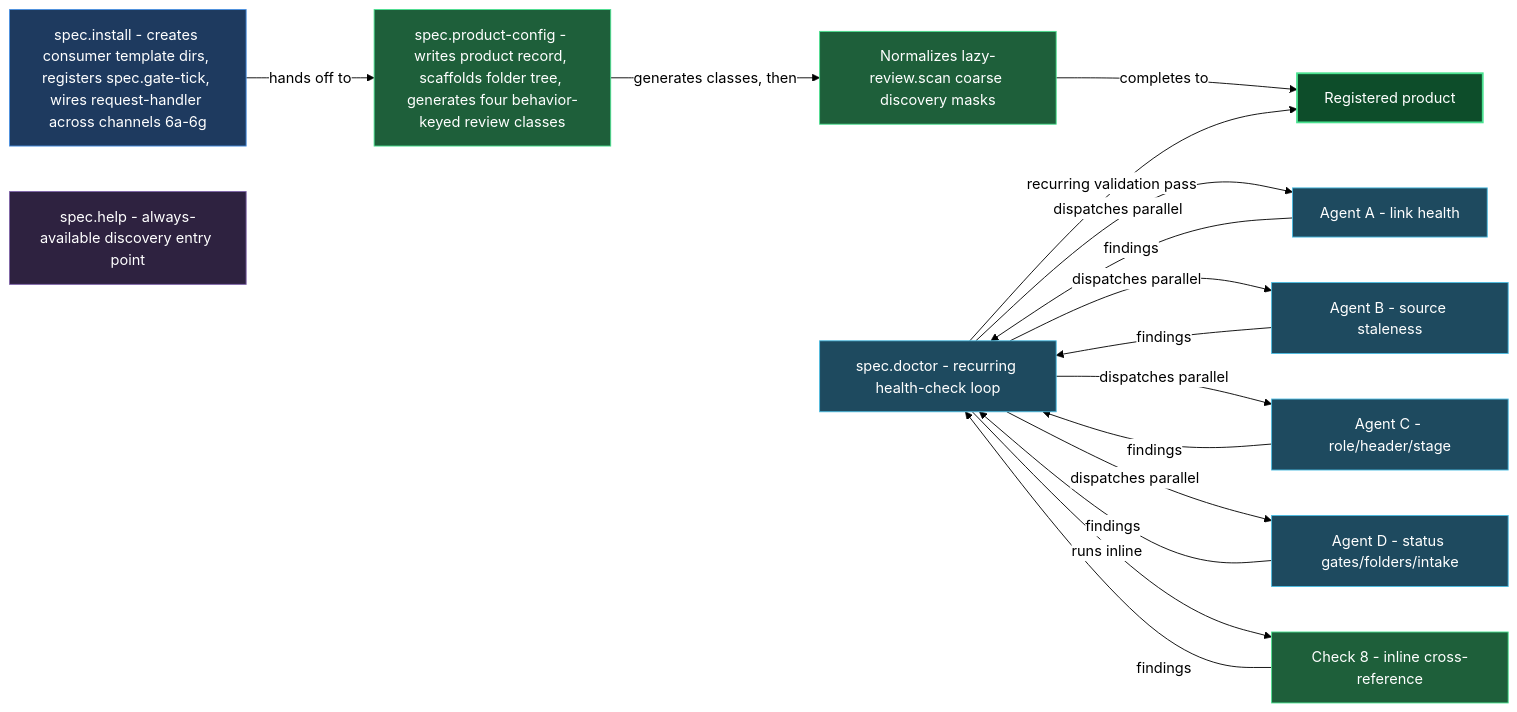
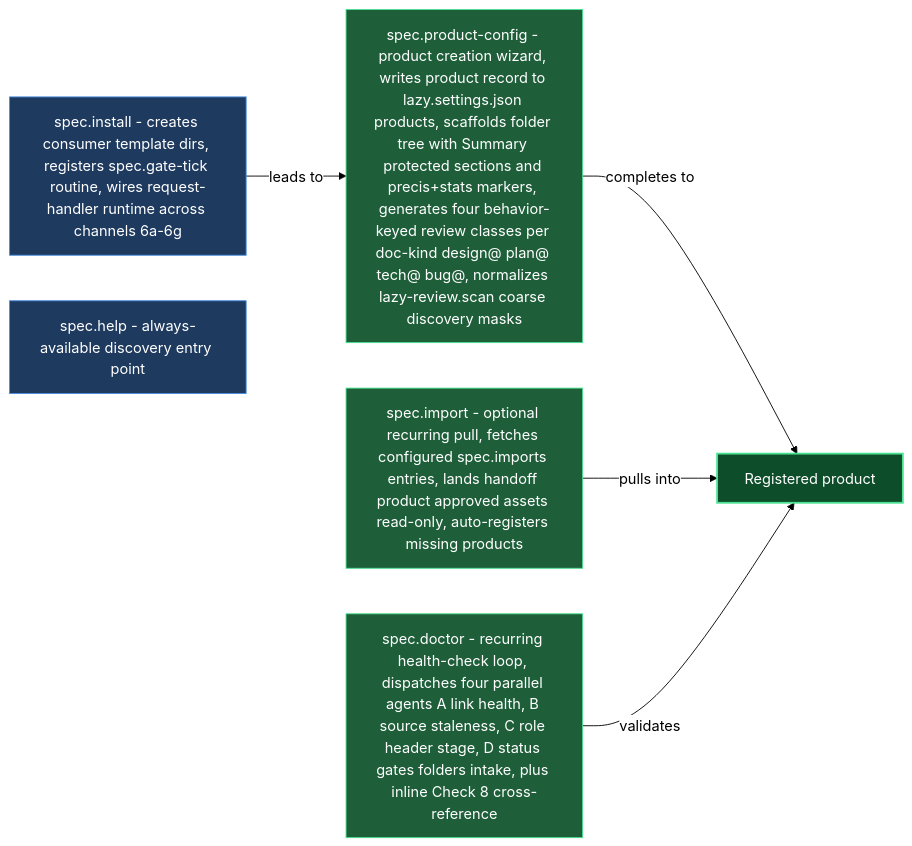
Before and after one commit to mebius-san/lazy-cortex: the diagram in claude/lazycortex-specs/help/install-and-audit.md, drawn with Mermaid. The commit also changed other lines of this file and 67 other files, not shown here.

````diff
--- a/claude/lazycortex-specs/help/install-and-audit.md
+++ b/claude/lazycortex-specs/help/install-and-audit.md
@@ -68,48 +75,26 @@
 ```mermaid
 %%{init: {'themeVariables':{'background':'transparent','lineColor':'#000','textColor':'#000','edgeLabelBackground':'#fff'},'themeCSS':'.edgeLabel{background-color:transparent!important}.edgeLabel p{background-color:transparent!important}','flowchart':{'diagramPadding':5,'useMaxWidth':true}}}%%
 flowchart LR
-  specInstall[spec.install - creates consumer template dirs, registers spec.gate-tick, wires request-handler across channels 6a-6g]
-  specProductConfig[spec.product-config - writes product record, scaffolds folder tree, generates four behavior-keyed review classes]
-  normalizeScanMasks[Normalizes lazy-review.scan coarse discovery masks]
+  specInstall[spec.install - creates consumer template dirs, registers spec.gate-tick routine, wires request-handler runtime across channels 6a-6g]
+  specProductConfig[spec.product-config - product creation wizard, writes product record to lazy.settings.json products, scaffolds folder tree with Summary protected sections and precis+stats markers, generates four behavior-keyed review classes per doc-kind design@ plan@ tech@ bug@, normalizes lazy-review.scan coarse discovery masks]
   registeredProduct[Registered product]
-  specDoctor[spec.doctor - recurring health-check loop]
-  agentLinkHealth[Agent A - link health]
-  agentSourceStaleness[Agent B - source staleness]
-  agentRoleHeaderStage[Agent C - role/header/stage]
-  agentStatusGates[Agent D - status gates/folders/intake]
-  checkCrossReference[Check 8 - inline cross-reference]
+  specImport[spec.import - optional recurring pull, fetches configured spec.imports entries, lands handoff product approved assets read-only, auto-registers missing products]
+  specDoctor[spec.doctor - recurring health-check loop, dispatches four parallel agents A link health, B source staleness, C role header stage, D status gates folders intake, plus inline Check 8 cross-reference]
   specHelp[spec.help - always-available discovery entry point]
 
-  specInstall -->|hands off to| specProductConfig
-  specProductConfig -->|generates classes, then| normalizeScanMasks
-  normalizeScanMasks -->|completes to| registeredProduct
-  specDoctor -->|dispatches parallel| agentLinkHealth
-  specDoctor -->|dispatches parallel| agentSourceStaleness
-  specDoctor -->|dispatches parallel| agentRoleHeaderStage
-  specDoctor -->|dispatches parallel| agentStatusGates
-  specDoctor -->|runs inline| checkCrossReference
-  agentLinkHealth -->|findings| specDoctor
-  agentSourceStaleness -->|findings| specDoctor
-  agentRoleHeaderStage -->|findings| specDoctor
-  agentStatusGates -->|findings| specDoctor
-  checkCrossReference -->|findings| specDoctor
-  specDoctor -->|recurring validation pass| registeredProduct
+  specInstall -->|leads to| specProductConfig
+  specProductConfig -->|completes to| registeredProduct
+  specImport -->|pulls into| registeredProduct
+  specDoctor -->|validates| registeredProduct
 
   classDef entry fill:#1e3a5f,stroke:#4a90e2,color:#fff
   classDef action fill:#1e5f3a,stroke:#4ae290,color:#fff
   classDef success fill:#0d4d2a,stroke:#4ae290,color:#fff,stroke-width:2px
-  classDef service fill:#1e4a5f,stroke:#4abce2,color:#fff
-  classDef sub fill:#2e2240,stroke:#7e63a8,color:#fff
 
   class specInstall entry
+  class specHelp entry
   class specProductConfig action
-  class normalizeScanMasks action
+  class specImport action
+  class specDoctor action
   class registeredProduct success
-  class specDoctor service
-  class agentLinkHealth service
-  class agentSourceStaleness service
-  class agentRoleHeaderStage service
-  class agentStatusGates service
-  class checkCrossReference action
-  class specHelp sub
 ```
````
